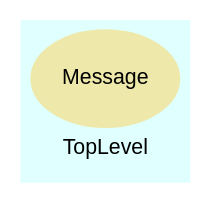
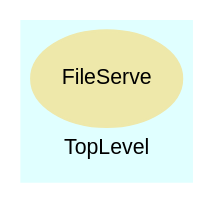
Before and after one commit to rsence/rsence: the diagram in trunk/server/doc/rdoc/dot/f_12.dot, drawn with Graphviz. The commit also changed 130 other files, not shown here.

```diff
--- a/trunk/server/doc/rdoc/dot/f_12.dot
+++ b/trunk/server/doc/rdoc/dot/f_12.dot
@@ -1,22 +1,22 @@
 digraph TopLevel {
     compound = true
     bgcolor = lightcyan1
     fontname = Arial
     fontsize = 8
     label = "TopLevel"
     node [
         fontname = Arial,
         fontsize = 8,
         color = black
     ]
 
-    Message [
+    FileServe [
         fontcolor = black,
-        URL = "classes/Message.html",
+        URL = "classes/FileServe.html",
         shape = ellipse,
         color = palegoldenrod,
         style = filled,
-        label = "Message"
+        label = "FileServe"
     ]
 
 }
```
